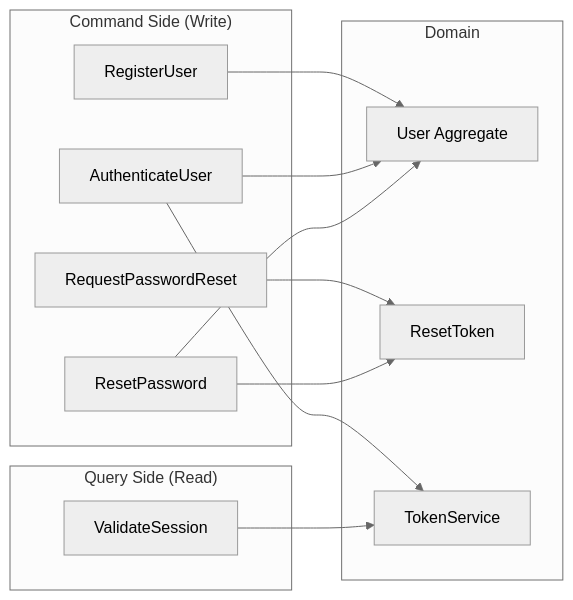
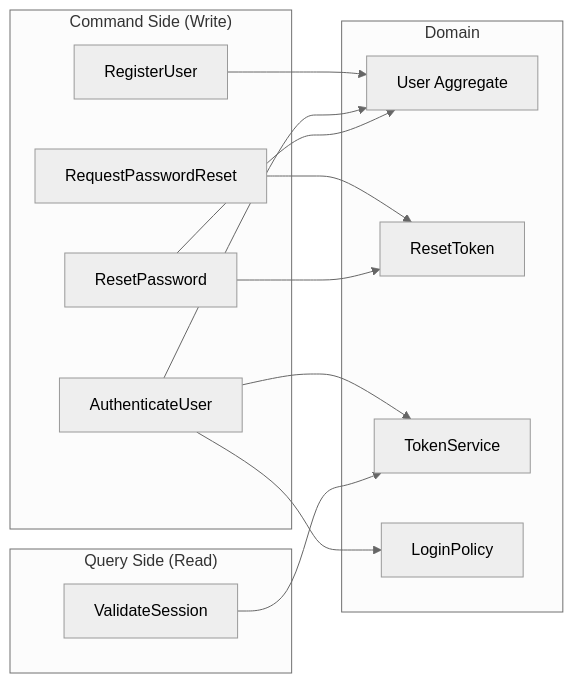
One commit to blackyblack/engineer-challenge changed the second of 2 diagrams in README.md. Above: the diagram before and after it, drawn with Mermaid (neutral theme). The commit also changed other lines of this file and 2 other files, not shown here.

````diff
--- a/README.md
+++ b/README.md
@@ -88,27 +89,29 @@
 ```mermaid
 graph LR
     subgraph "Command Side (Write)"
         RC[RegisterUser]
         AC[AuthenticateUser]
         RPC[RequestPasswordReset]
         RSC[ResetPassword]
     end
 
     subgraph "Query Side (Read)"
         VS[ValidateSession]
     end
 
     subgraph "Domain"
         U[User Aggregate]
         RT[ResetToken]
         TS[TokenService]
+        LP[LoginPolicy]
     end
 
     RC --> U
     AC --> U
     AC --> TS
+    AC --> LP
     RPC --> RT
     RSC --> U
     RSC --> RT
     VS --> TS
 ```
````
